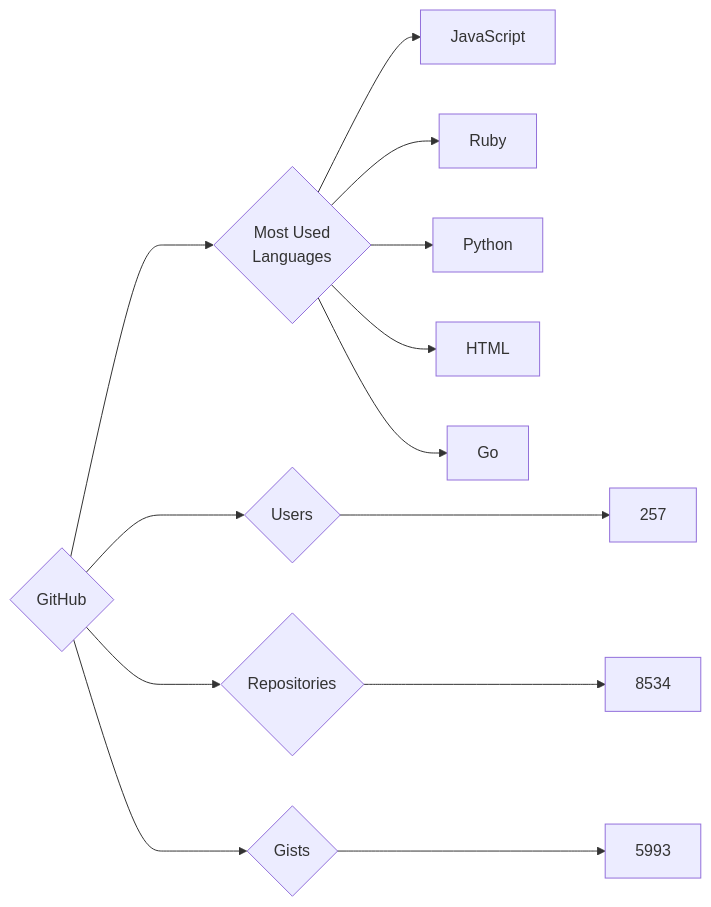
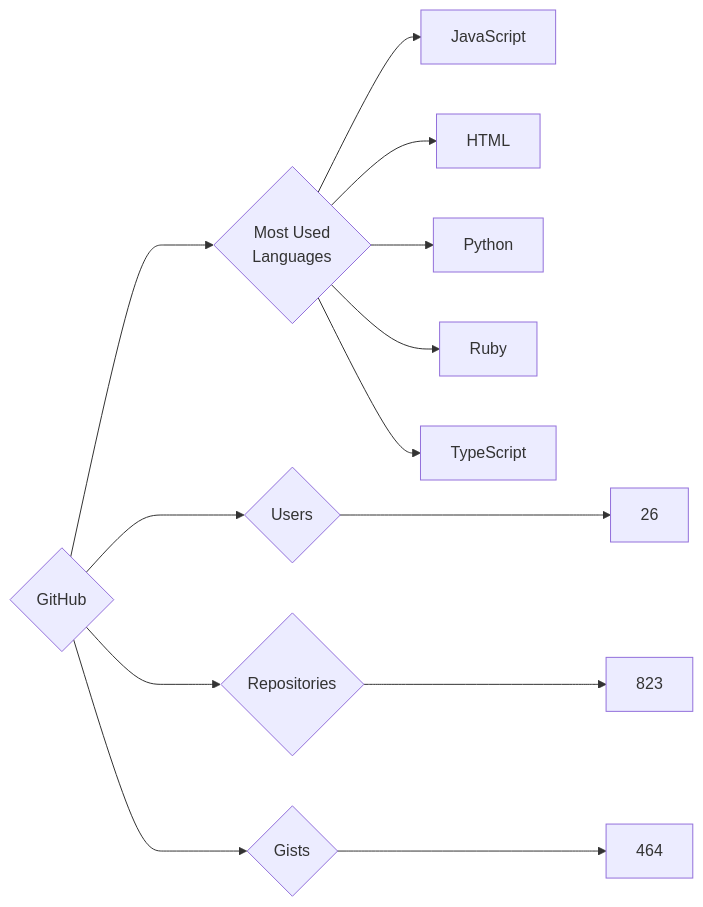
The diagram in targets/GitHub/README.md (trickest/insiders), drawn with Mermaid before and after one commit. The commit also changed 721 other files, not shown here.

````diff
--- a/targets/GitHub/README.md
+++ b/targets/GitHub/README.md
@@ -3,13 +3,13 @@
 ```mermaid
 graph LR
 COMPANY_NAME{GitHub}
-COMPANY_NAME ---> U{Users} ---> UN[257]
-COMPANY_NAME ---> R{Repositories} ---> RN[8534]
-COMPANY_NAME ---> G{Gists} ---> GN[5993]
+COMPANY_NAME ---> U{Users} ---> UN[26]
+COMPANY_NAME ---> R{Repositories} ---> RN[823]
+COMPANY_NAME ---> G{Gists} ---> GN[464]
 COMPANY_NAME ---> ML{Most Used<br>Languages}
 ML --> JavaScript[JavaScript]
+ML --> HTML[HTML]
+ML --> Python[Python]
 ML --> Ruby[Ruby]
-ML --> Python[Python]
-ML --> HTML[HTML]
-ML --> Go[Go]
+ML --> TypeScript[TypeScript]
 ```
````
